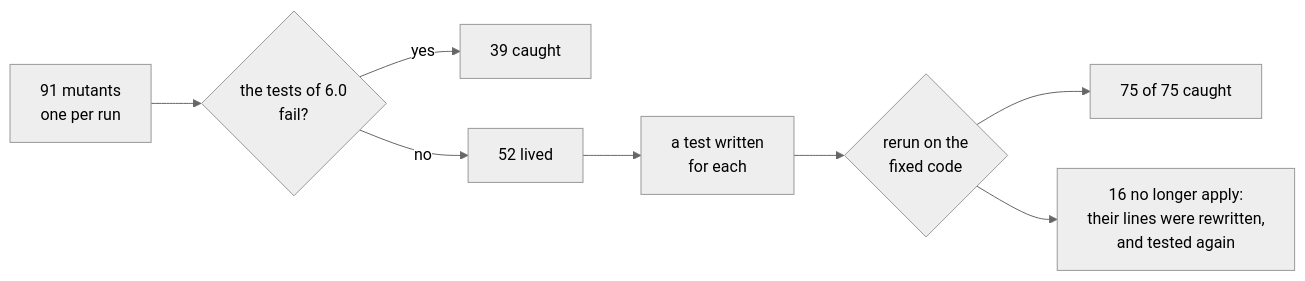
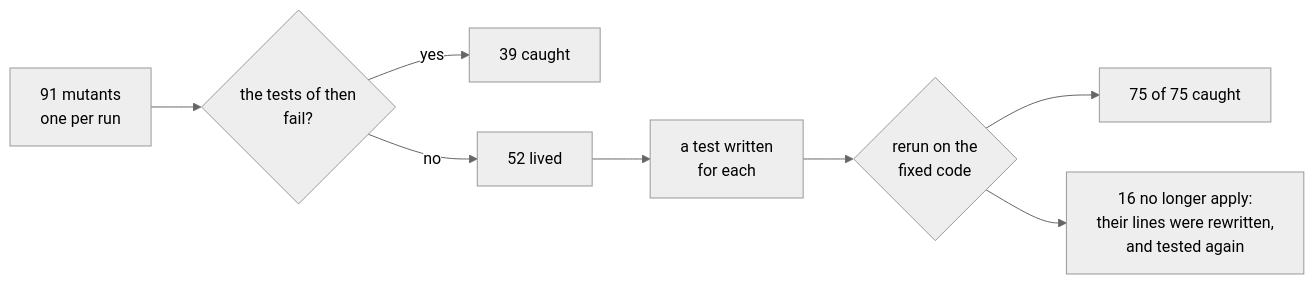
Before and after one commit to rniedson/higgsfield-director-pro-skill: the second of 2 diagrams in higgsfield-director/tests/README.md, drawn with Mermaid (neutral theme). The commit also changed other lines of this file and 4 other files, not shown here.

````diff
--- a/higgsfield-director/tests/README.md
+++ b/higgsfield-director/tests/README.md
@@ -47,10 +47,10 @@
 ```mermaid
 flowchart LR
-    A[91 mutants<br/>one per run] --> B{the tests of 6.0<br/>fail?}
+    A[91 mutants<br/>one per run] --> B{the tests of then<br/>fail?}
     B -- yes --> K[39 caught]
     B -- no --> S[52 lived]
     S --> W[a test written<br/>for each]
     W --> R{rerun on the<br/>fixed code}
     R --> K2[75 of 75 caught]
     R --> G[16 no longer apply:<br/>their lines were rewritten,<br/>and tested again]
 ```
````
